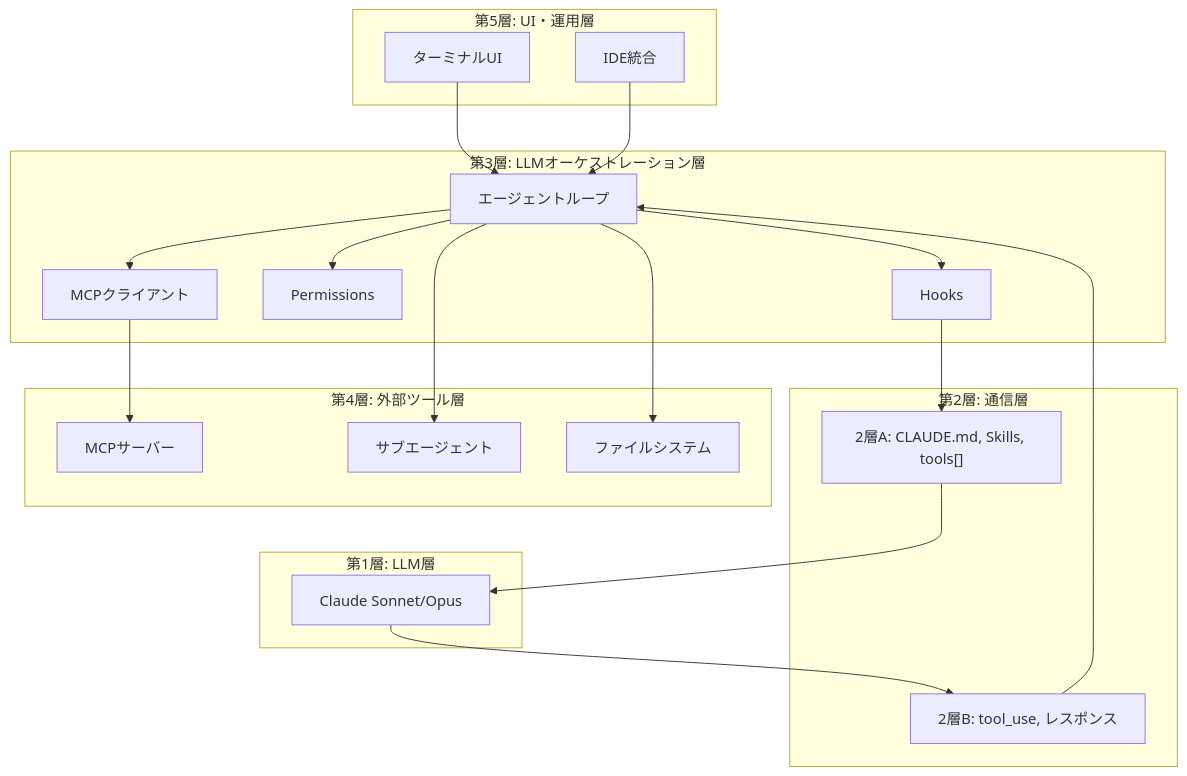
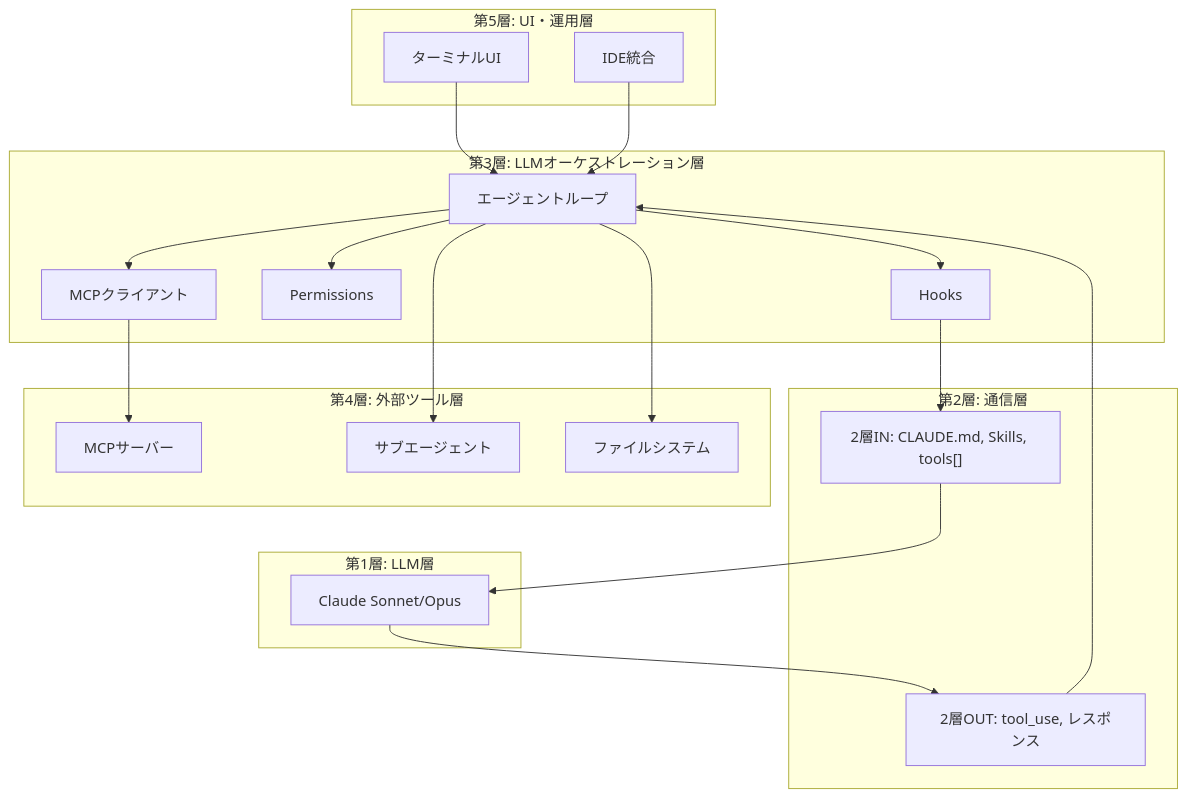
One commit to fsitlab/zenn changed the first of 2 diagrams in books/ai-agent-layered-map/07-1-claude-code.md. Above: the diagram before and after it, drawn with Mermaid. The commit also changed other lines of this file and 12 other files, not shown here.

````diff
--- a/books/ai-agent-layered-map/07-1-claude-code.md
+++ b/books/ai-agent-layered-map/07-1-claude-code.md
@@ -101,42 +101,42 @@
 ```mermaid
 flowchart TB
     subgraph Layer5["第5層: UI・運用層"]
         Terminal["ターミナルUI"]
         IDE["IDE統合"]
     end
 
     subgraph Layer3["第3層: LLMオーケストレーション層"]
         Hooks["Hooks"]
         Permissions["Permissions"]
         MCPClient["MCPクライアント"]
         AgentLoop["エージェントループ"]
     end
 
     subgraph Layer2["第2層: 通信層"]
-        Layer2A["2層A: CLAUDE.md, Skills, tools[]"]
-        Layer2B["2層B: tool_use, レスポンス"]
+        Layer2A["2層IN: CLAUDE.md, Skills, tools[]"]
+        Layer2B["2層OUT: tool_use, レスポンス"]
     end
 
     subgraph Layer1["第1層: LLM層"]
         LLM["Claude Sonnet/Opus"]
     end
 
     subgraph Layer4["第4層: 外部ツール層"]
         MCP["MCPサーバー"]
         SubAgent["サブエージェント"]
         Files["ファイルシステム"]
     end
 
     Terminal --> AgentLoop
     IDE --> AgentLoop
     AgentLoop --> MCPClient
     AgentLoop --> Hooks
     AgentLoop --> Permissions
     MCPClient --> MCP
     AgentLoop --> SubAgent
     Hooks --> Layer2A
     Layer2A --> LLM
     LLM --> Layer2B
     Layer2B --> AgentLoop
     AgentLoop --> Files
 ```
````
